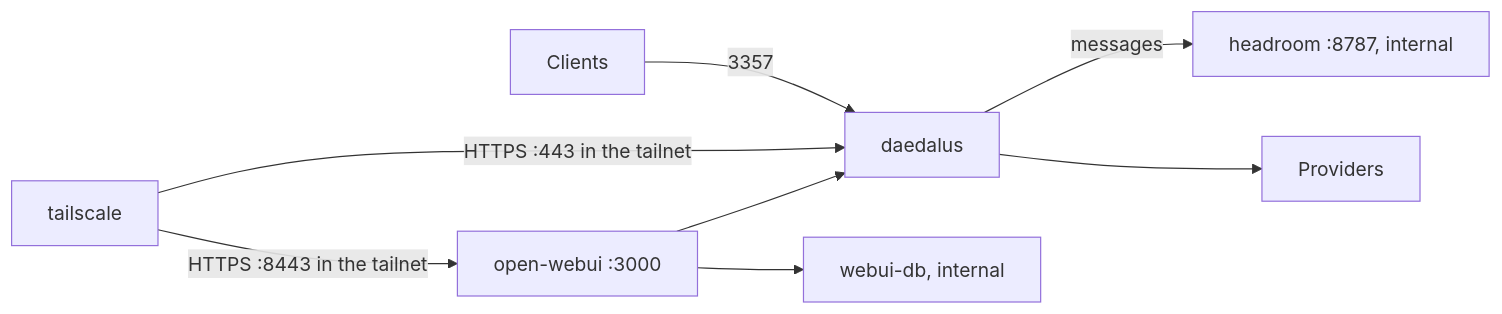
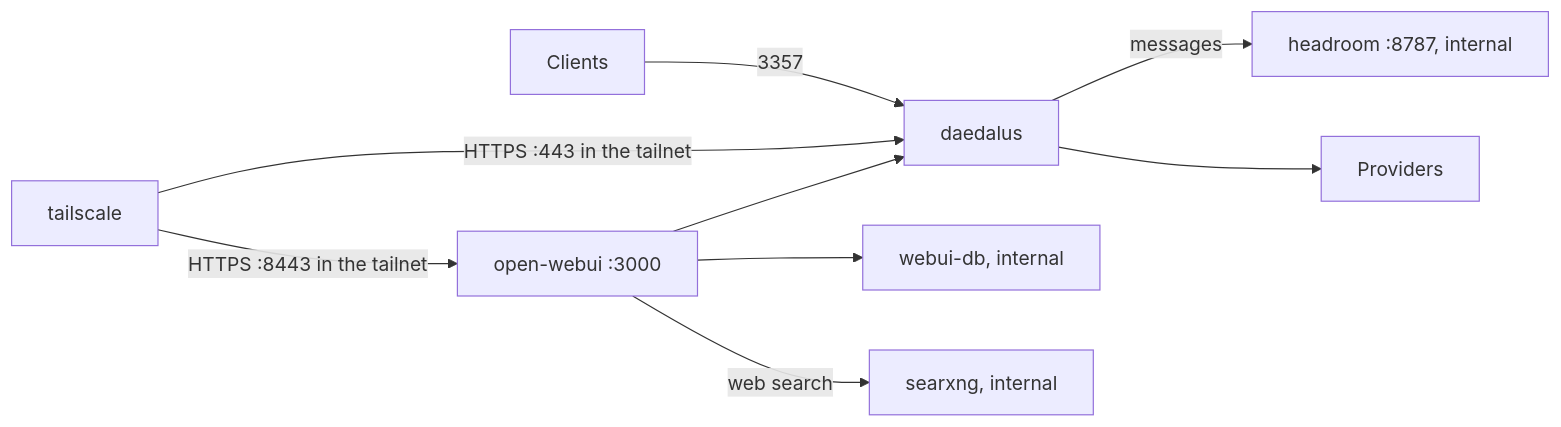
The diagram in docs/deployment.md (nemoe7/daedalus), drawn with Mermaid before and after one commit. The commit also changed other lines of this file and 5 other files, not shown here.

Commit message:
feat(search): add SearXNG web search for Open WebUI

````diff
--- a/docs/deployment.md
+++ b/docs/deployment.md
@@ -29,10 +29,11 @@
 ```mermaid
 flowchart LR
   C[Clients] -->|3357| D[daedalus]
   W[open-webui :3000] --> D
   W --> V[webui-db, internal]
+  W -->|web search| S[searxng, internal]
   D -->|messages| H[headroom :8787, internal]
   T[tailscale] -->|HTTPS :443 in the tailnet| D
   T -->|HTTPS :8443 in the tailnet| W
   D --> P[Providers]
 ```
````
